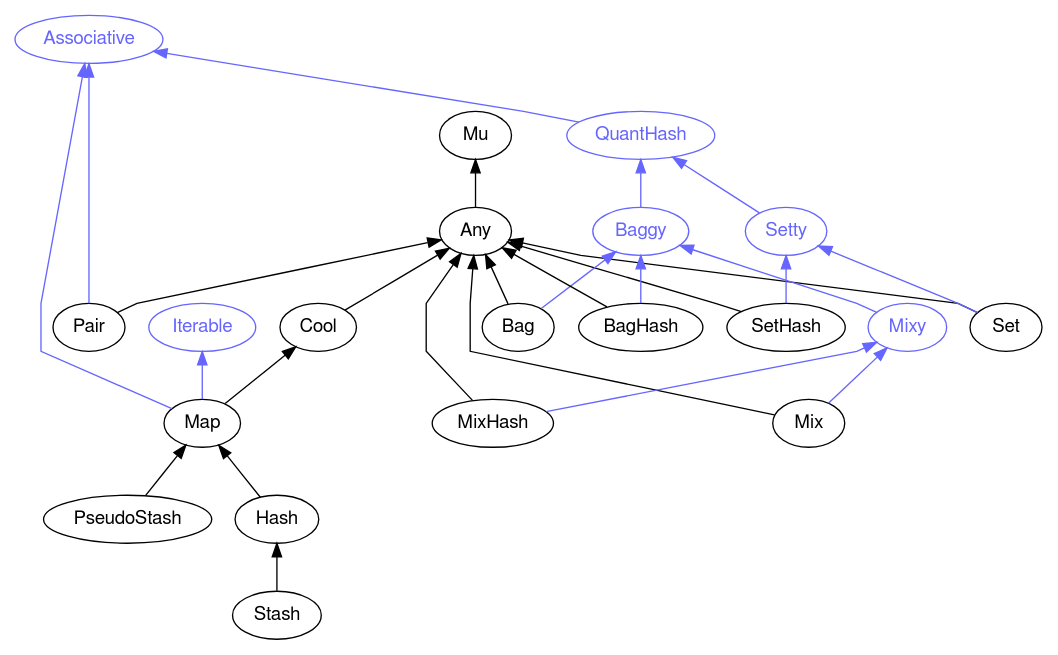
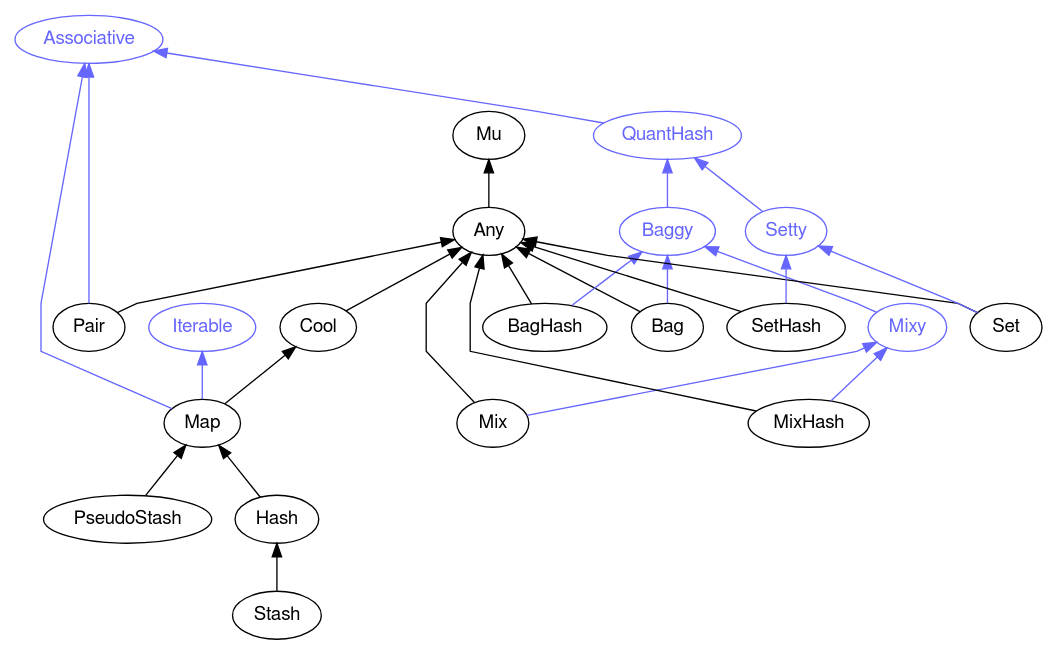
Before and after one commit to perl6docs/perl6docs.github.io: the diagram in images/type-graph-Associative.svg.dot, drawn with Graphviz. The commit also changed other lines of this file and 4392 other files, not shown here.

```diff
--- a/images/type-graph-Associative.svg.dot
+++ b/images/type-graph-Associative.svg.dot
@@ -1,56 +1,56 @@
 digraph "perl6-type-graph" {
     rankdir=BT;
     splines=polyline;
     overlap=false; 
     // Types
     "Associative" [color="#6666FF", fontcolor="#6666FF", href="/type/Associative", fontname="FreeSans"];
-    "QuantHash" [color="#6666FF", fontcolor="#6666FF", href="/type/QuantHash", fontname="FreeSans"];
     "Mu" [color="#000000", fontcolor="#000000", href="/type/Mu", fontname="FreeSans"];
     "Any" [color="#000000", fontcolor="#000000", href="/type/Any", fontname="FreeSans"];
     "Pair" [color="#000000", fontcolor="#000000", href="/type/Pair", fontname="FreeSans"];
+    "QuantHash" [color="#6666FF", fontcolor="#6666FF", href="/type/QuantHash", fontname="FreeSans"];
     "Cool" [color="#000000", fontcolor="#000000", href="/type/Cool", fontname="FreeSans"];
     "Iterable" [color="#6666FF", fontcolor="#6666FF", href="/type/Iterable", fontname="FreeSans"];
     "Map" [color="#000000", fontcolor="#000000", href="/type/Map", fontname="FreeSans"];
     "PseudoStash" [color="#000000", fontcolor="#000000", href="/type/PseudoStash", fontname="FreeSans"];
     "Hash" [color="#000000", fontcolor="#000000", href="/type/Hash", fontname="FreeSans"];
+    "Baggy" [color="#6666FF", fontcolor="#6666FF", href="/type/Baggy", fontname="FreeSans"];
     "Setty" [color="#6666FF", fontcolor="#6666FF", href="/type/Setty", fontname="FreeSans"];
-    "Baggy" [color="#6666FF", fontcolor="#6666FF", href="/type/Baggy", fontname="FreeSans"];
     "Stash" [color="#000000", fontcolor="#000000", href="/type/Stash", fontname="FreeSans"];
-    "Set" [color="#000000", fontcolor="#000000", href="/type/Set", fontname="FreeSans"];
-    "SetHash" [color="#000000", fontcolor="#000000", href="/type/SetHash", fontname="FreeSans"];
     "Mixy" [color="#6666FF", fontcolor="#6666FF", href="/type/Mixy", fontname="FreeSans"];
     "Bag" [color="#000000", fontcolor="#000000", href="/type/Bag", fontname="FreeSans"];
     "BagHash" [color="#000000", fontcolor="#000000", href="/type/BagHash", fontname="FreeSans"];
+    "Set" [color="#000000", fontcolor="#000000", href="/type/Set", fontname="FreeSans"];
+    "SetHash" [color="#000000", fontcolor="#000000", href="/type/SetHash", fontname="FreeSans"];
     "Mix" [color="#000000", fontcolor="#000000", href="/type/Mix", fontname="FreeSans"];
     "MixHash" [color="#000000", fontcolor="#000000", href="/type/MixHash", fontname="FreeSans"];
 
     // Superclasses
     "Any" -> "Mu" [color="#000000"];
     "Pair" -> "Any" [color="#000000"];
     "Cool" -> "Any" [color="#000000"];
     "Map" -> "Cool" [color="#000000"];
     "PseudoStash" -> "Map" [color="#000000"];
     "Hash" -> "Map" [color="#000000"];
     "Stash" -> "Hash" [color="#000000"];
+    "Bag" -> "Any" [color="#000000"];
+    "BagHash" -> "Any" [color="#000000"];
     "Set" -> "Any" [color="#000000"];
     "SetHash" -> "Any" [color="#000000"];
-    "Bag" -> "Any" [color="#000000"];
-    "BagHash" -> "Any" [color="#000000"];
     "Mix" -> "Any" [color="#000000"];
     "MixHash" -> "Any" [color="#000000"];
 
     // Roles
+    "Pair" -> "Associative" [color="#6666FF"];
     "QuantHash" -> "Associative" [color="#6666FF"];
-    "Pair" -> "Associative" [color="#6666FF"];
     "Map" -> "Iterable" [color="#6666FF"];
     "Map" -> "Associative" [color="#6666FF"];
+    "Baggy" -> "QuantHash" [color="#6666FF"];
     "Setty" -> "QuantHash" [color="#6666FF"];
-    "Baggy" -> "QuantHash" [color="#6666FF"];
-    "Set" -> "Setty" [color="#6666FF"];
-    "SetHash" -> "Setty" [color="#6666FF"];
     "Mixy" -> "Baggy" [color="#6666FF"];
     "Bag" -> "Baggy" [color="#6666FF"];
     "BagHash" -> "Baggy" [color="#6666FF"];
+    "Set" -> "Setty" [color="#6666FF"];
+    "SetHash" -> "Setty" [color="#6666FF"];
     "Mix" -> "Mixy" [color="#6666FF"];
     "MixHash" -> "Mixy" [color="#6666FF"];
 }
```
